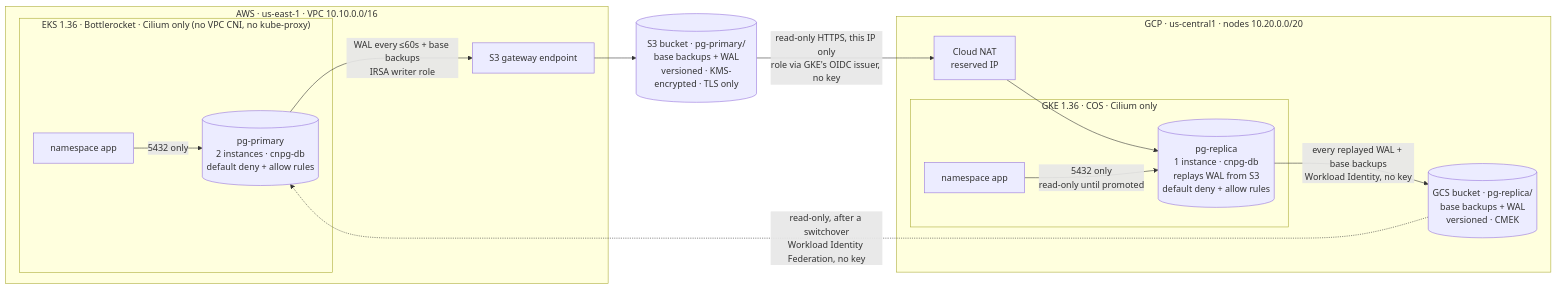
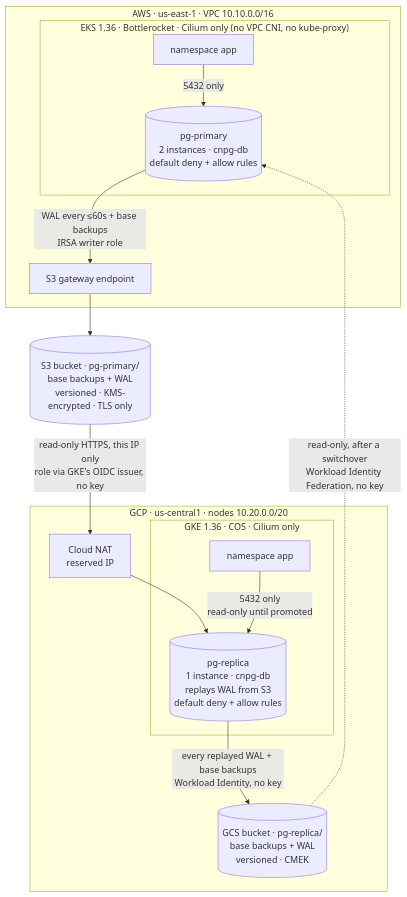
Before and after one commit to william-stewart/poc-multicloud-postgres: the diagram in README.md, drawn with Mermaid. The commit also changed other lines of this file, not shown here.

Commit message:
docs(readme): stack the architecture diagram top to bottom
Drawn left to right, the diagram had to shrink to fit the page width and
its labels became hard to read. Top to bottom puts AWS above, the S3
bucket between, and GCP below, at full size.

````diff
--- a/README.md
+++ b/README.md
@@ -12,30 +12,30 @@
 ```mermaid
-flowchart LR
+flowchart TB
   subgraph AWS["AWS · us-east-1 · VPC 10.10.0.0/16"]
     subgraph EKS["EKS 1.36 · Bottlerocket · Cilium only (no VPC CNI, no kube-proxy)"]
       app["namespace app"]
       primary[("pg-primary<br/>2 instances · cnpg-db<br/>default deny + allow rules")]
     end
     vpce["S3 gateway endpoint"]
   end
 
   s3[("S3 bucket · pg-primary/<br/>base backups + WAL<br/>versioned · KMS-encrypted · TLS only")]
 
   subgraph GCP["GCP · us-central1 · nodes 10.20.0.0/20"]
     subgraph GKE["GKE 1.36 · COS · Cilium only"]
       app2["namespace app"]
       replica[("pg-replica<br/>1 instance · cnpg-db<br/>replays WAL from S3<br/>default deny + allow rules")]
     end
     nat["Cloud NAT<br/>reserved IP"]
     gcs[("GCS bucket · pg-replica/<br/>base backups + WAL<br/>versioned · CMEK")]
   end
 
   app -- "5432 only" --> primary
   primary -- "WAL every ≤60s + base backups<br/>IRSA writer role" --> vpce
   vpce --> s3
   s3 -- "read-only HTTPS, this IP only<br/>role via GKE's OIDC issuer, no key" --> nat
   nat --> replica
   replica -- "every replayed WAL + base backups<br/>Workload Identity, no key" --> gcs
   app2 -- "5432 only<br/>read-only until promoted" --> replica
   gcs -. "read-only, after a switchover<br/>Workload Identity Federation, no key" .-> primary
 ```
````
